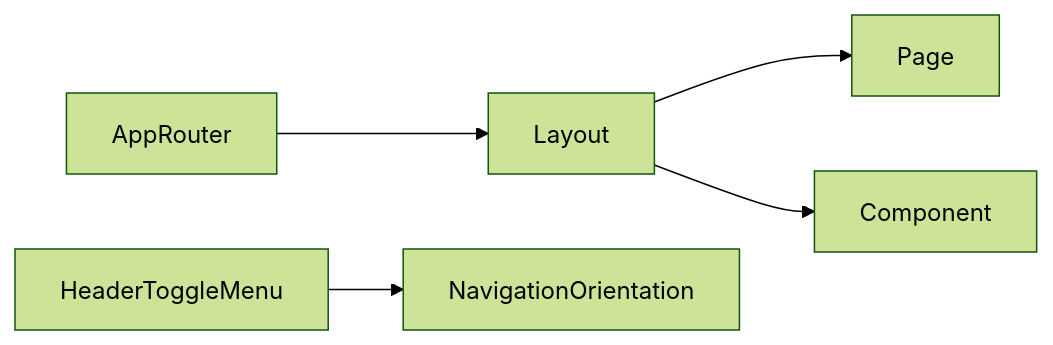
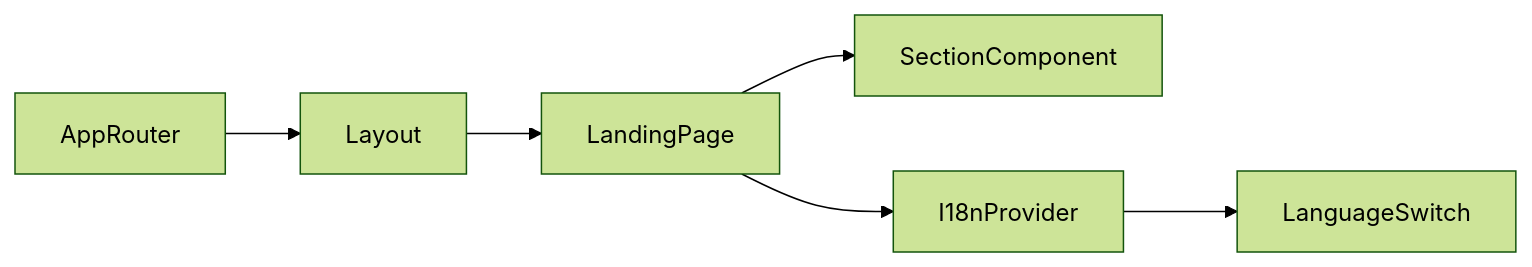
Before and after one commit to ipavic933-spec/website-pavic: the diagram in lode/terminology.md, drawn with Mermaid (forest theme). The commit also changed other lines of this file and 107 other files, not shown here.

````diff
--- a/lode/terminology.md
+++ b/lode/terminology.md
@@ -20,7 +21,8 @@
 ```mermaid
 graph LR
   AppRouter --> Layout
-  Layout --> Page
-  Layout --> Component
-  HeaderToggleMenu --> NavigationOrientation
+  Layout --> LandingPage
+  LandingPage --> SectionComponent
+  LandingPage --> I18nProvider
+  I18nProvider --> LanguageSwitch
 ```
````
